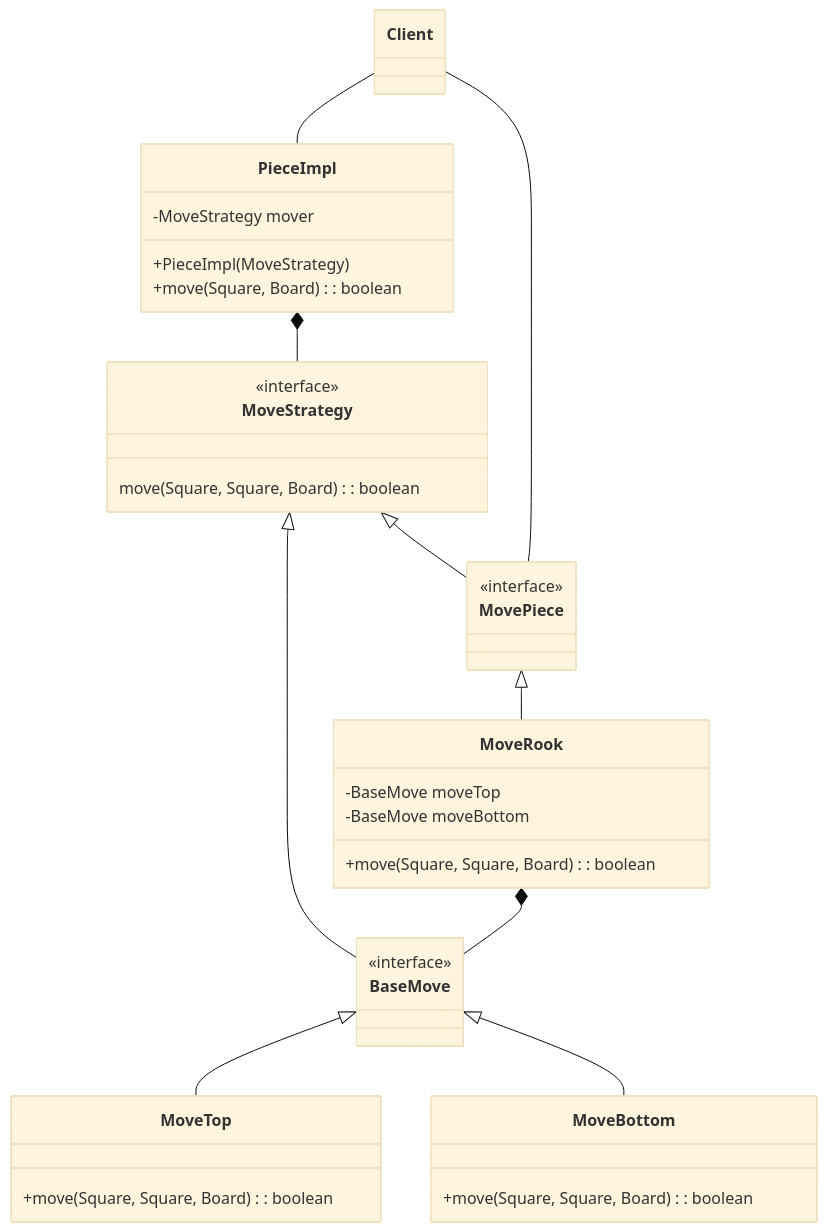
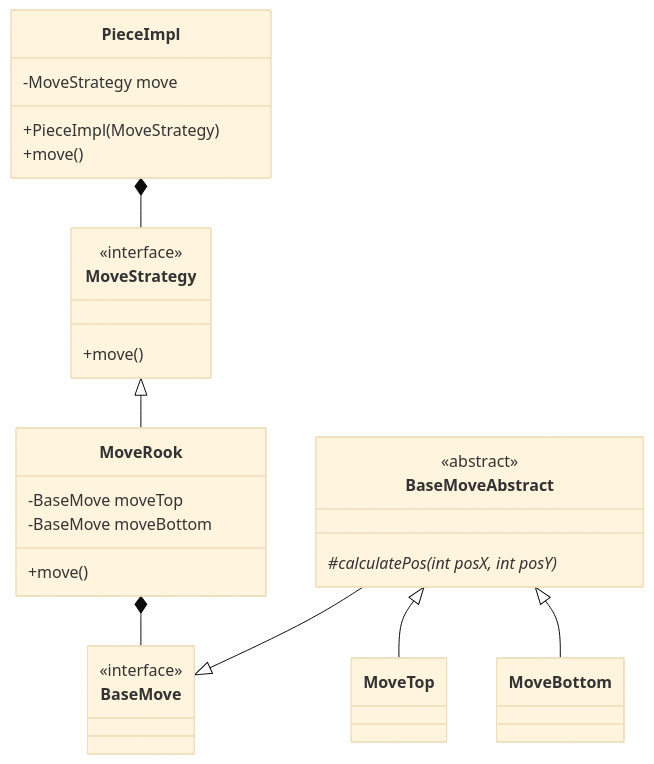
Before and after one commit to alessandroArrighi/pss23-24-ChessGravity-Arrighi: the fourth of 4 diagrams in README.md, drawn with Mermaid (base theme). The commit also changed other lines of this file, not shown here.

Commit message:
update desing diagrams

````diff
--- a/README.md
+++ b/README.md
@@ -181,46 +180,39 @@
 ```mermaid
 classDiagram
 
-class Client
-
 class PieceImpl {
-    -MoveStrategy mover
+    -MoveStrategy move
     +PieceImpl(MoveStrategy)
-    +move(Square, Board): boolean
+    +move()
 }
 
 class MoveStrategy {
-    move(Square, Square, Board): boolean
+    +move()
 }
 <<interface>> MoveStrategy
 
 class BaseMove
 <<interface>> BaseMove
 
-class MovePiece
-<<interface>> MovePiece
+class MoveTop {}
 
-class MoveTop {
-    +move(Square, Square, Board): boolean
-}
-
-class MoveBottom {
-    +move(Square, Square, Board): boolean
-}
+class MoveBottom {}
 
 class MoveRook {
     -BaseMove moveTop
     -BaseMove moveBottom
-    +move(Square, Square, Board): boolean
+    +move()
 }
 
-Client -- PieceImpl
-Client -- MovePiece
-MoveStrategy <|-- BaseMove
-MoveStrategy <|-- MovePiece
-MovePiece <|-- MoveRook
-BaseMove <|-- MoveTop
-BaseMove <|-- MoveBottom
+class BaseMoveAbstract {
+    #calculatePos(int posX, int posY)*
+}
+<<abstract>> BaseMoveAbstract
+
+MoveStrategy <|-- MoveRook
+BaseMoveAbstract --|> BaseMove
+BaseMoveAbstract <|-- MoveTop
+BaseMoveAbstract <|-- MoveBottom
 MoveRook *-- BaseMove
 PieceImpl *-- MoveStrategy
 ```
````
